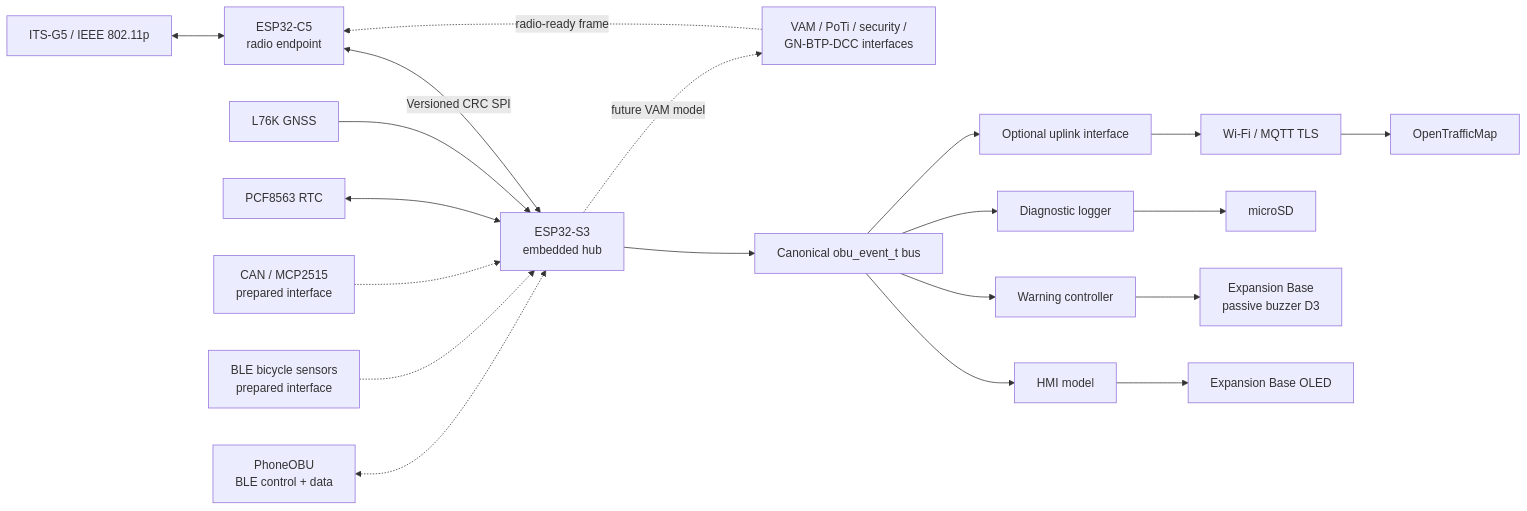
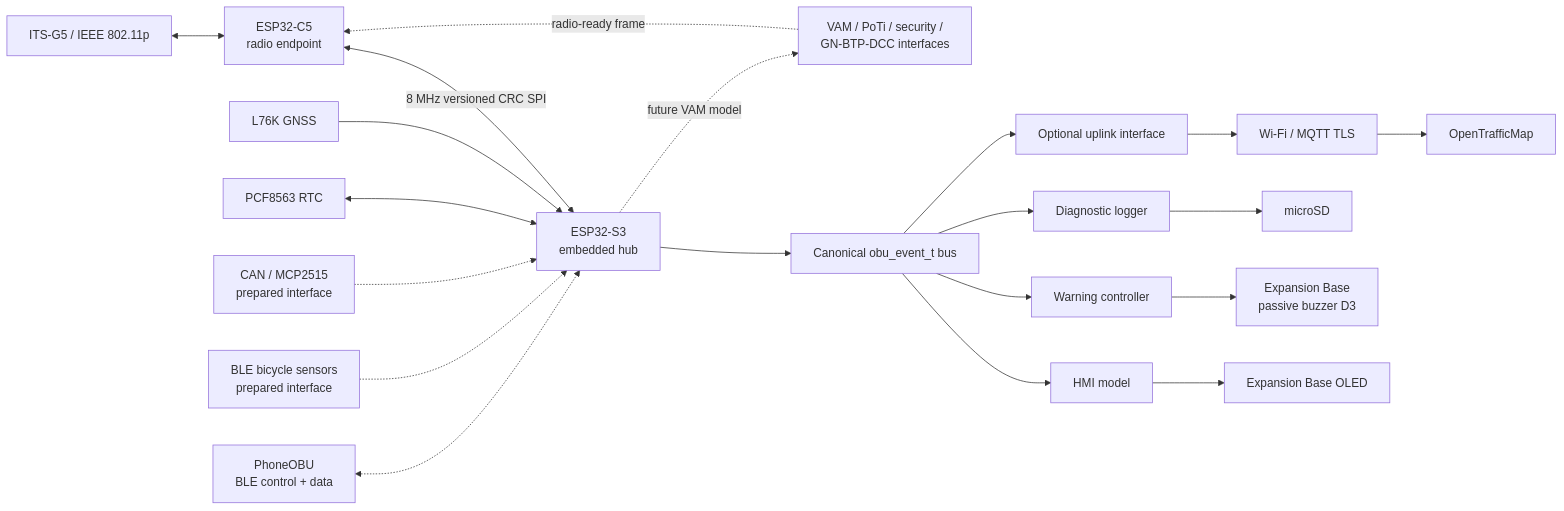
Before and after one commit to niklasdathe/MainboardOBU-prototype: the diagram in README.md, drawn with Mermaid. The commit also changed other lines of this file and 7 other files, not shown here.

````diff
--- a/README.md
+++ b/README.md
@@ -33,19 +33,19 @@
 ```mermaid
 flowchart LR
     AIR[ITS-G5 / IEEE 802.11p] <--> C5[ESP32-C5\nradio endpoint]
-    C5 <--> |Versioned CRC SPI| S3[ESP32-S3\nembedded hub]
+    C5 <--> |8 MHz versioned CRC SPI| S3[ESP32-S3\nembedded hub]
 
     GNSS[L76K GNSS] --> S3
     RTC[PCF8563 RTC] <--> S3
     CAN[CAN / MCP2515\nprepared interface] -.-> S3
     BSENS[BLE bicycle sensors\nprepared interface] -.-> S3
     PHONE[PhoneOBU\nBLE control + data] <-.-> S3
 
     S3 --> BUS[Canonical obu_event_t bus]
     BUS --> HMI[HMI model] --> OLED[Expansion Base OLED]
     BUS --> WARN[Warning controller] --> BUZZER[Expansion Base\npassive buzzer D3]
     BUS --> LOG[Diagnostic logger] --> SD[microSD]
     BUS --> OTM[Optional uplink interface] --> WIFI[Wi-Fi / MQTT TLS] --> OTMCloud[OpenTrafficMap]
 
     S3 -. future VAM model .-> VAM[VAM / PoTi / security /\nGN-BTP-DCC interfaces] -. radio-ready frame .-> C5
 ```
````
